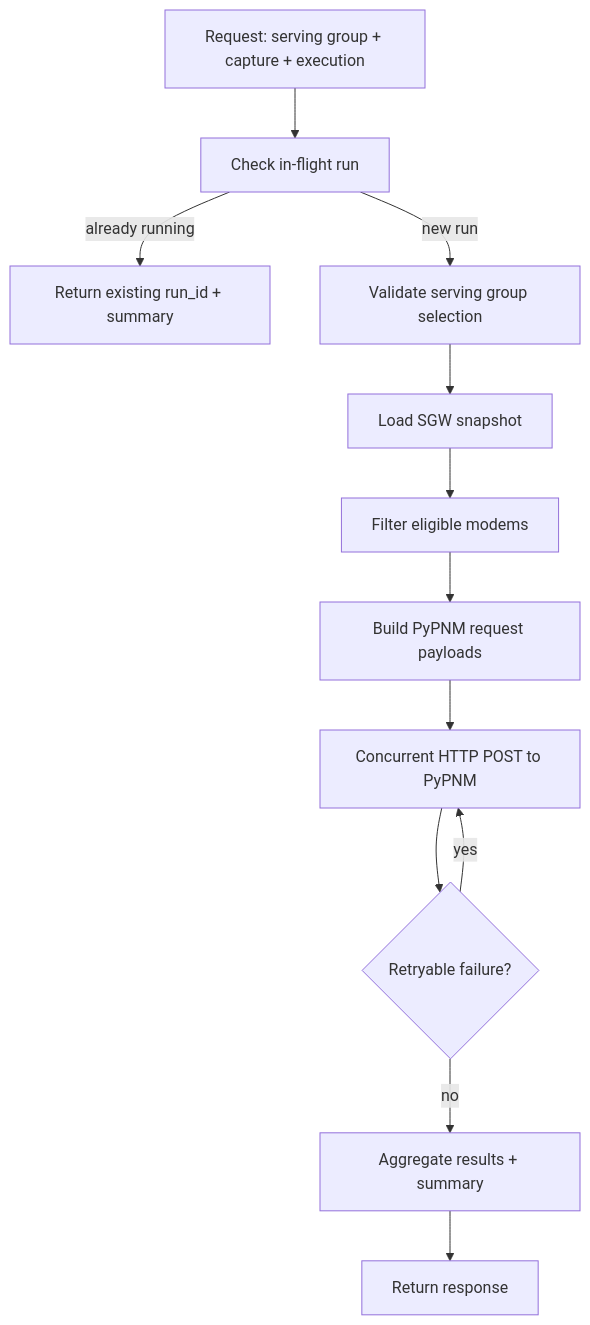
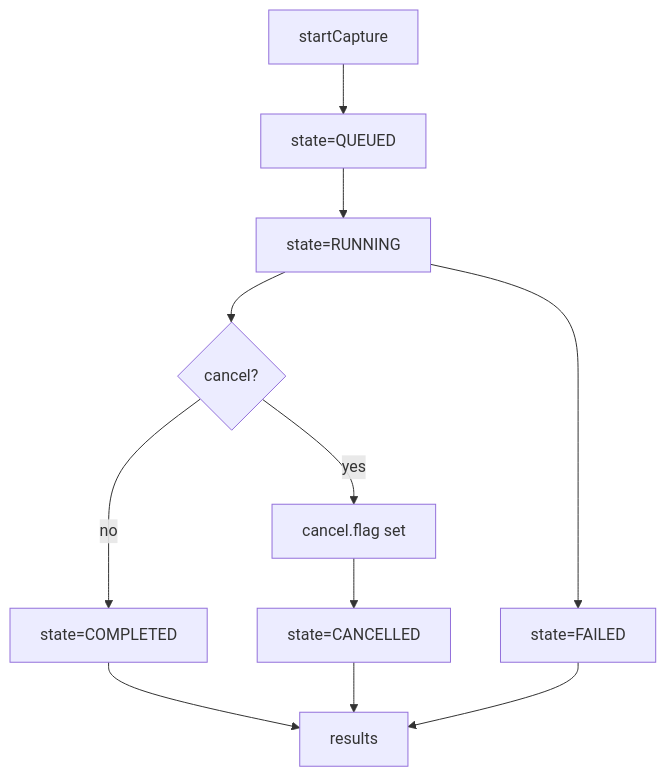
The diagram in docs/api/fast-api/pnm-rxmer.md (PyPNMApps/PyPNM-CMTS), drawn with Mermaid before and after one commit. The commit also changed other lines of this file and 35 other files, not shown here.

````diff
--- a/docs/api/fast-api/pnm-rxmer.md
+++ b/docs/api/fast-api/pnm-rxmer.md
@@ -11,14 +10,13 @@
 ```mermaid
 flowchart TD
-    A[Request: serving group + capture + execution] --> B[Check in-flight run]
-    B -->|already running| I[Return existing run_id + summary]
-    B -->|new run| C[Validate serving group selection]
-    C --> D[Load SGW snapshot]
-    D --> E[Filter eligible modems]
-    E --> F[Build PyPNM request payloads]
-    F --> G[Concurrent HTTP POST to PyPNM]
-    G --> H{Retryable failure?}
-    H -->|yes| G
-    H -->|no| J[Aggregate results + summary]
-    J --> K[Return response]
+    A[startCapture] --> B[state=QUEUED]
+    B --> C[state=RUNNING]
+    C --> D{cancel?}
+    D -->|yes| E[cancel.flag set]
+    E --> F[state=CANCELLED]
+    D -->|no| G[state=COMPLETED]
+    C --> H[state=FAILED]
+    G --> I[results]
+    F --> I
+    H --> I
 ```
````
